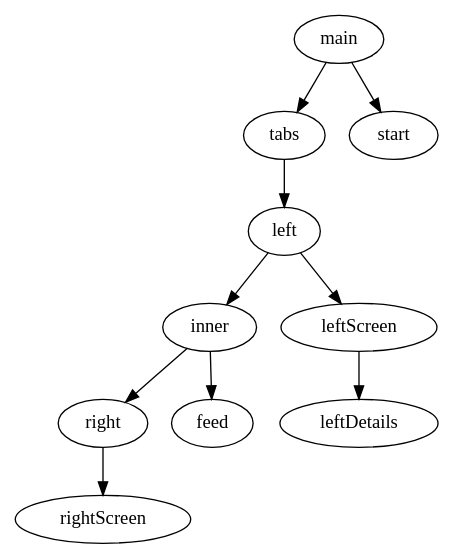
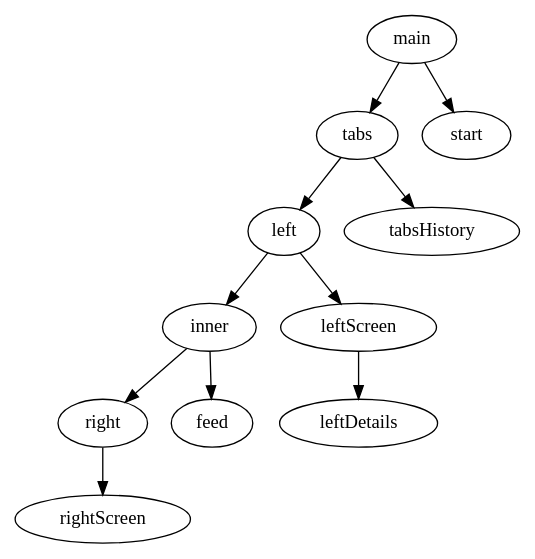
One commit to appKODE/way changed the diagram in way-dsl/src/commonTest/way/dsl-parity-nested.dot. Above: the diagram before and after it, drawn with Graphviz. The commit also changed 26 other files, not shown here.

```diff
--- a/way-dsl/src/commonTest/way/dsl-parity-nested.dot
+++ b/way-dsl/src/commonTest/way/dsl-parity-nested.dot
@@ -1,19 +1,21 @@
 digraph DslParityNested {
   package = "ru.kode.way.dslparity.nested"
 
-  // Mirrored by DslParityTest.kt: a parallel under a flow whose region holds another parallel. The DSL graph also has a
-  // history of the outer parallel, which codegen lists as a region and fails to build.
+  // Mirrored by DslParityTest.kt: a parallel under a flow whose region holds another parallel, with a deep history of
+  // the outer parallel.
   main [type = flow]
   tabs [type = parallelFlow]
   left [type = flow]
   inner [type = parallelFlow]
   right [type = flow]
   feed [type = schema]
+  tabsHistory [type = deepHistory]
 
   main -> start
   main -> tabs
   tabs -> left -> leftScreen -> leftDetails
   left -> inner
   inner -> right -> rightScreen
   inner -> feed
+  tabs -> tabsHistory
 }
```
